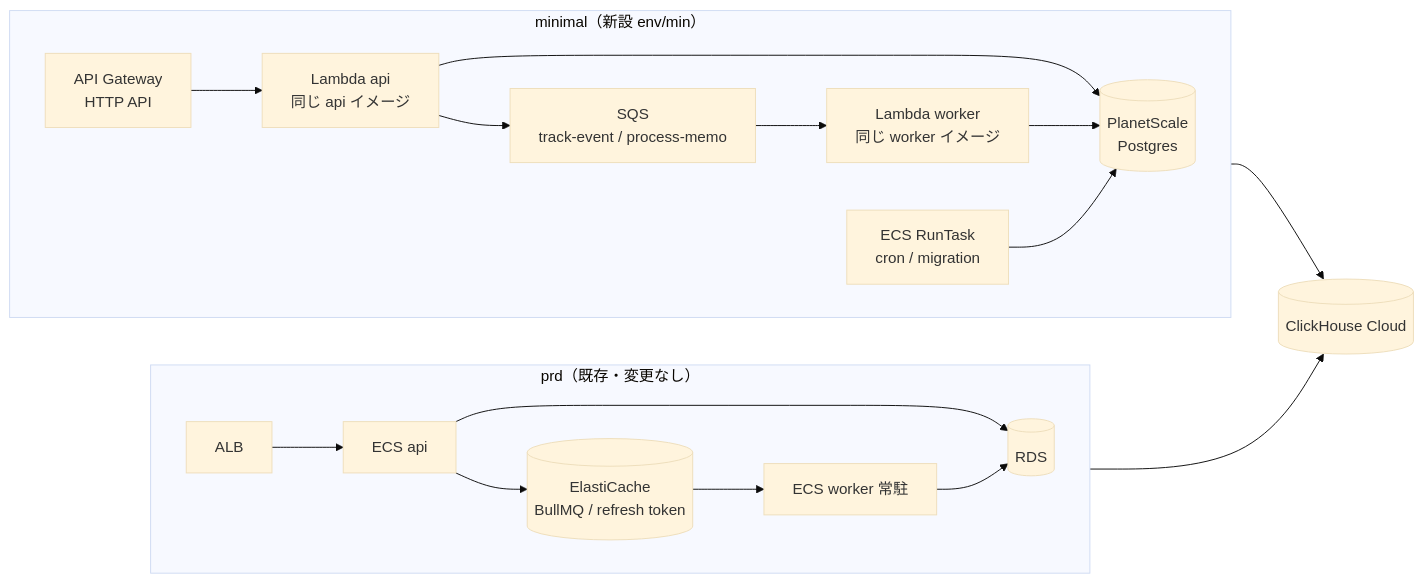
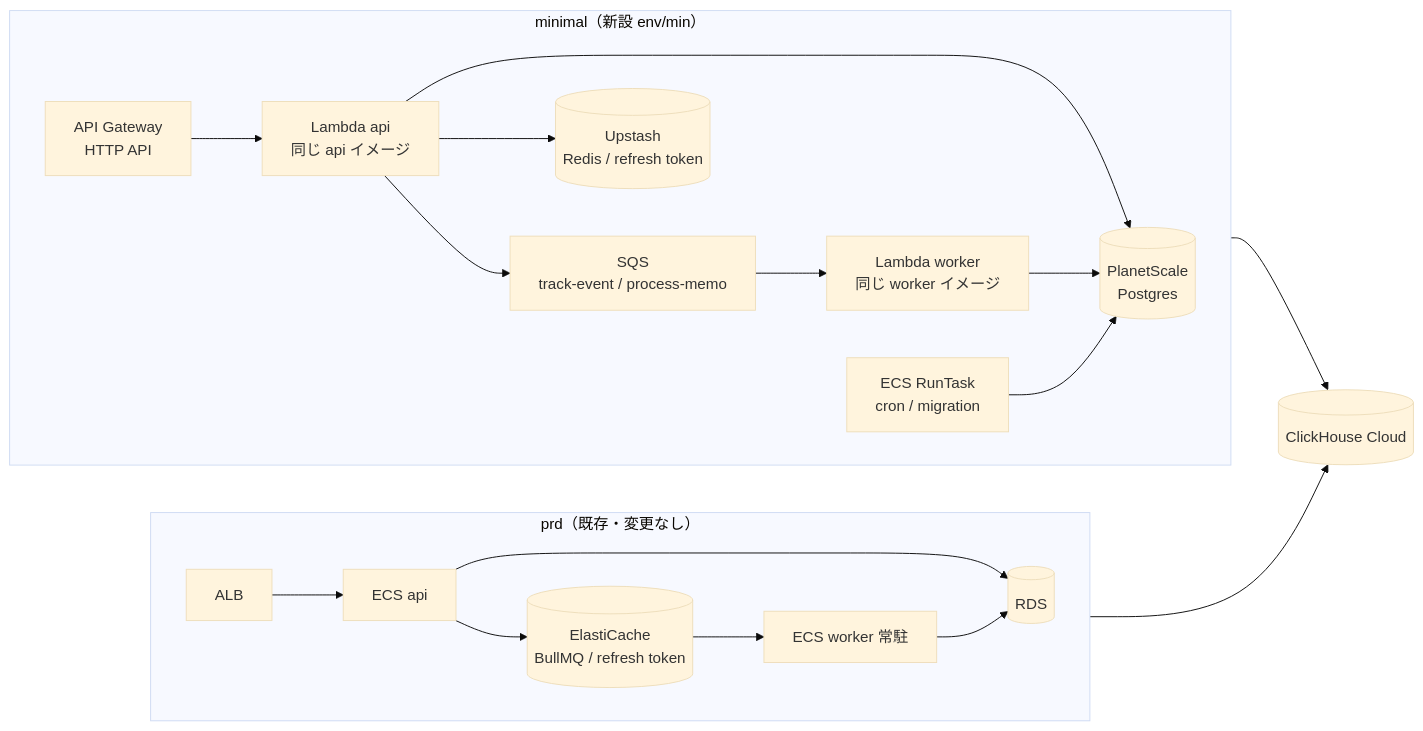
One commit to kentakki416/project-template changed the first of 3 diagrams in docs/spec/minimal-deploy/README.md. Above: the diagram before and after it, drawn with Mermaid (base theme). The commit also changed other lines of this file and 11 other files, not shown here.

First line of the commit message:
docs(minimal-deploy): refresh token を Upstash に置き、DB は PgBouncer 経由にする

````diff
--- a/docs/spec/minimal-deploy/README.md
+++ b/docs/spec/minimal-deploy/README.md
@@ -114,24 +113,25 @@
 ```mermaid
 flowchart LR
     subgraph prd["prd（既存・変更なし）"]
         direction LR
         P_ALB[ALB] --> P_API[ECS api]
         P_API --> P_REDIS[(ElastiCache<br/>BullMQ / refresh token)]
         P_REDIS --> P_WORKER[ECS worker 常駐]
         P_API --> P_RDS[(RDS)]
         P_WORKER --> P_RDS
     end
 
     subgraph min["minimal（新設 env/min）"]
         direction LR
         M_GW[API Gateway<br/>HTTP API] --> M_API[Lambda api<br/>同じ api イメージ]
         M_API --> M_SQS[SQS<br/>track-event / process-memo]
         M_SQS --> M_WORKER[Lambda worker<br/>同じ worker イメージ]
         M_API --> M_PS[(PlanetScale<br/>Postgres)]
+        M_API --> M_UP[(Upstash<br/>Redis / refresh token)]
         M_WORKER --> M_PS
         M_CRON[ECS RunTask<br/>cron / migration] --> M_PS
     end
 
     P_WORKER --> CH[(ClickHouse Cloud)]
     M_WORKER --> CH
 ```
````
